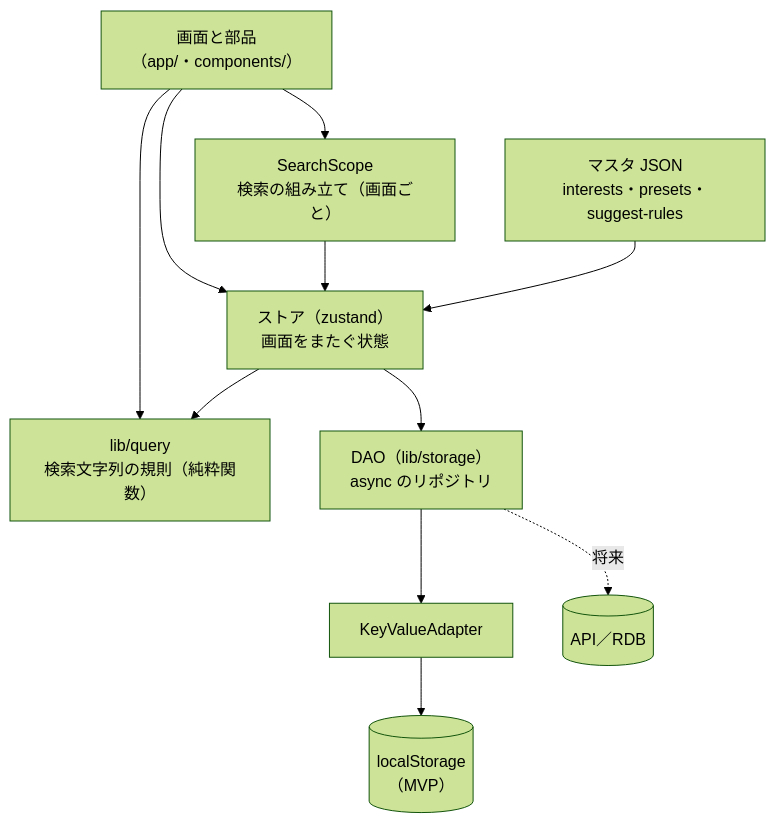
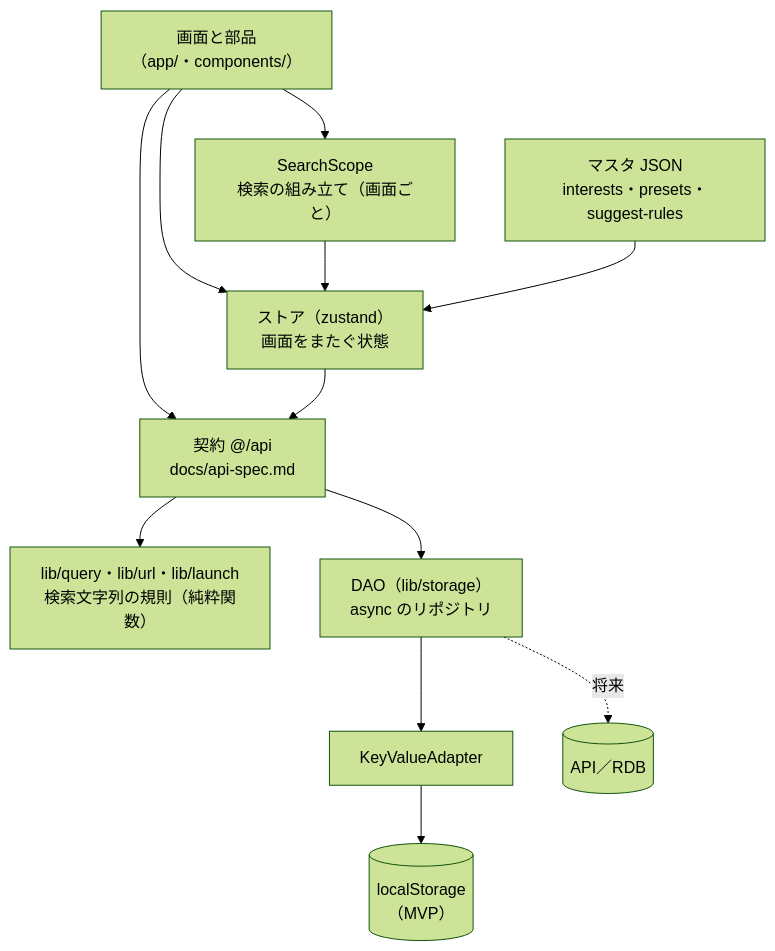
The first of 3 diagrams in docs/requirements.md (tanaka1313/egosearchX), drawn with Mermaid (forest theme) before and after one commit. The commit also changed other lines of this file and 5 other files, not shown here.

````diff
--- a/docs/requirements.md
+++ b/docs/requirements.md
@@ -291,13 +291,14 @@
 ```mermaid
 flowchart TD
   UI["画面と部品<br/>（app/・components/）"] --> Store["ストア（zustand）<br/>画面をまたぐ状態"]
   UI --> Scope["SearchScope<br/>検索の組み立て（画面ごと）"]
   Scope --> Store
-  UI --> Query["lib/query<br/>検索文字列の規則（純粋関数）"]
-  Store --> Query
-  Store --> DAO["DAO（lib/storage）<br/>async のリポジトリ"]
+  UI --> API["契約 @/api<br/>docs/api-spec.md"]
+  Store --> API
+  API --> Query["lib/query・lib/url・lib/launch<br/>検索文字列の規則（純粋関数）"]
+  API --> DAO["DAO（lib/storage）<br/>async のリポジトリ"]
   DAO --> KV["KeyValueAdapter"]
   KV --> LS[("localStorage<br/>（MVP）")]
-  DAO -. 将来 .-> API[("API／RDB")]
+  DAO -. 将来 .-> RDB[("API／RDB")]
   Master["マスタ JSON<br/>interests・presets・suggest-rules"] --> Store
 ```
````
